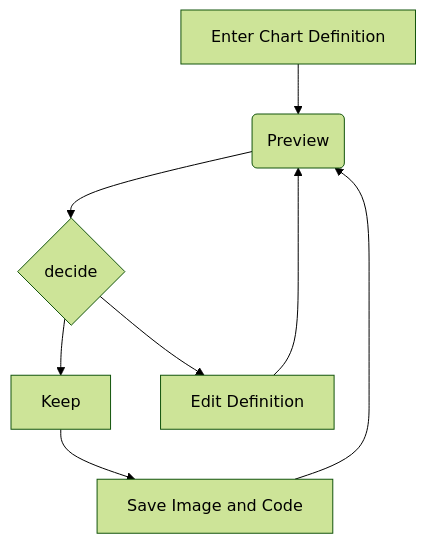
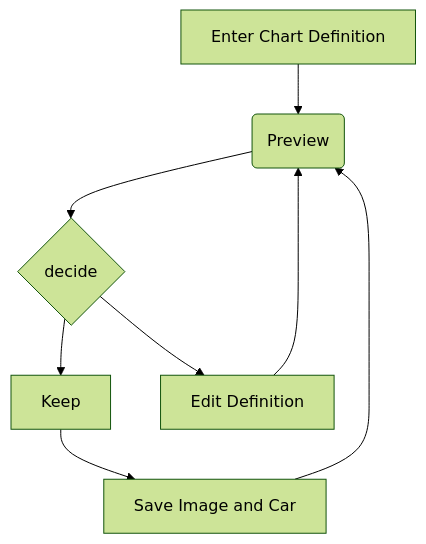
Before and after one commit to leoafarias/superdeck: the first of 2 diagrams in packages/superdeck/example/slides.md, drawn with Mermaid (forest theme). The commit also changed other lines of this file and 32 other files, not shown here.

````diff
--- a/packages/superdeck/example/slides.md
+++ b/packages/superdeck/example/slides.md
@@ -12,10 +27,10 @@
 ```mermaid
 graph TD
     A[Enter Chart Definition] --> B(Preview)
     B --> C{decide}
     C --> D[Keep]
     C --> E[Edit Definition]
     E --> B
-    D --> F[Save Image and Code]
+    D --> F[Save Image and Car]
     F --> B  
 ```
````
